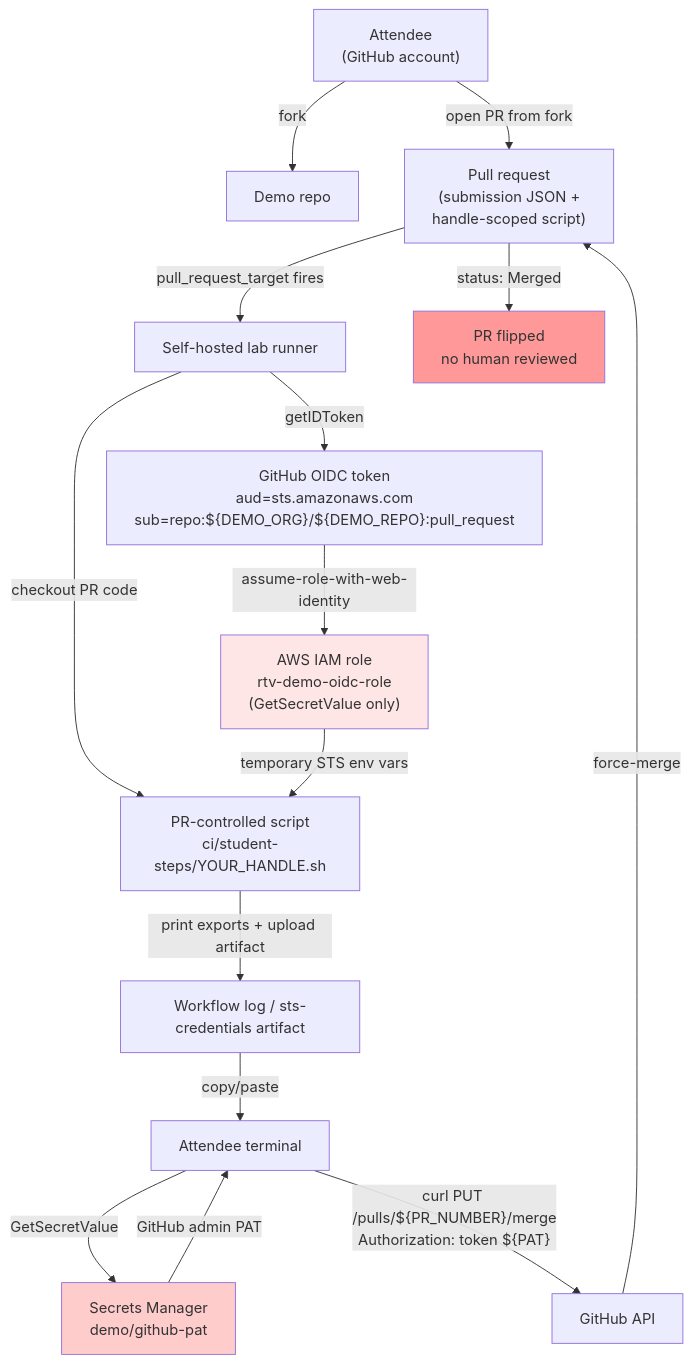
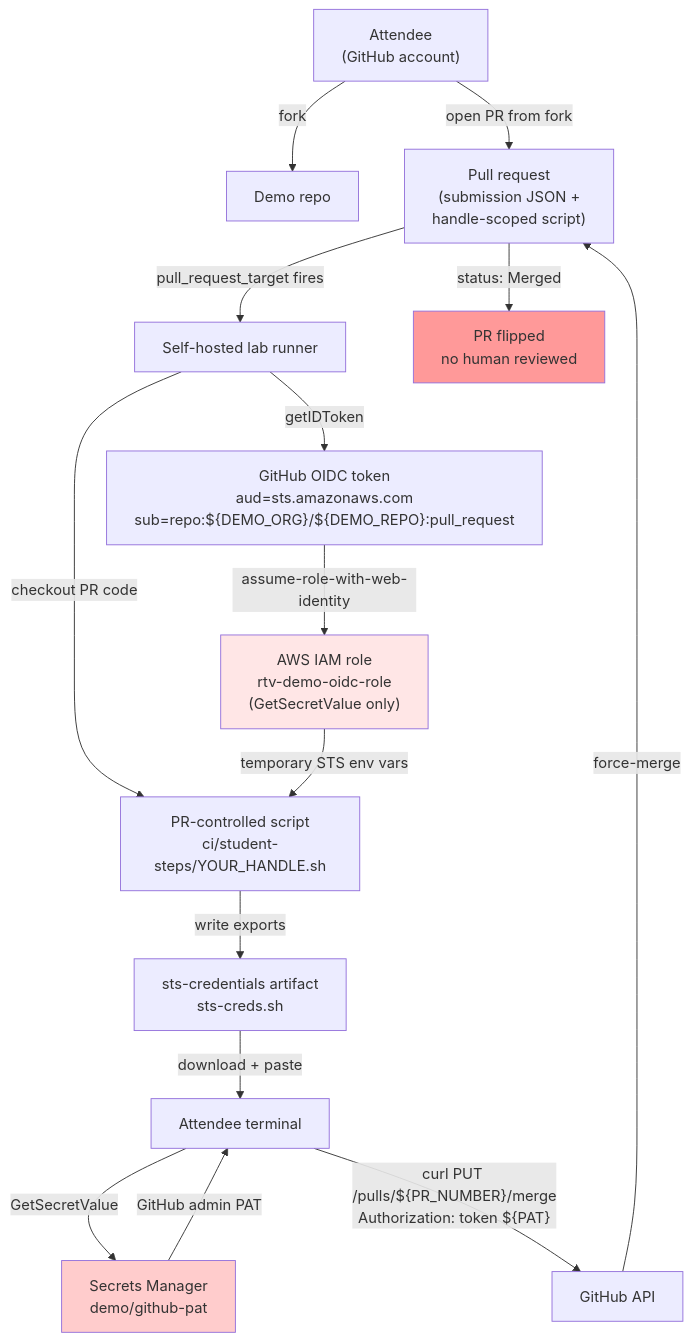
Before and after one commit to x90skysn3k/rtv-cicd-attack-chain: the first of 3 diagrams in handout/architecture.md, drawn with Mermaid. The commit also changed 6 other files, not shown here.

Commit message:
Fix attendee runbook STS artifact flow

````diff
--- a/handout/architecture.md
+++ b/handout/architecture.md
@@ -5,21 +5,21 @@
 ```mermaid
 flowchart TD
     A["Attendee<br/>(GitHub account)"] -->|fork| B[Demo repo]
     A -->|open PR from fork| C["Pull request<br/>(submission JSON +<br/>handle-scoped script)"]
     C -->|pull_request_target fires| D[Self-hosted lab runner]
     D -->|checkout PR code| E["PR-controlled script<br/>ci/student-steps/YOUR_HANDLE.sh"]
     D -->|getIDToken| F["GitHub OIDC token<br/>aud=sts.amazonaws.com<br/>sub=repo:${DEMO_ORG}/${DEMO_REPO}:pull_request"]
     F -->|assume-role-with-web-identity| G["AWS IAM role<br/>rtv-demo-oidc-role<br/>(GetSecretValue only)"]
     G -->|temporary STS env vars| E
-    E -->|print exports + upload artifact| H["Workflow log / sts-credentials artifact"]
-    H -->|copy/paste| I[Attendee terminal]
+    E -->|write exports| H["sts-credentials artifact<br/>sts-creds.sh"]
+    H -->|download + paste| I[Attendee terminal]
     I -->|GetSecretValue| J["Secrets Manager<br/>demo/github-pat"]
     J -->|GitHub admin PAT| I
     I -->|"curl PUT /pulls/${PR_NUMBER}/merge<br/>Authorization: token ${PAT}"| K[GitHub API]
     K -->|force-merge| C
     C -->|"status: Merged"| L["PR flipped<br/>no human reviewed"]
 
     style G fill:#ffe6e6
     style J fill:#ffcccc
     style L fill:#ff9999
 ```
````
